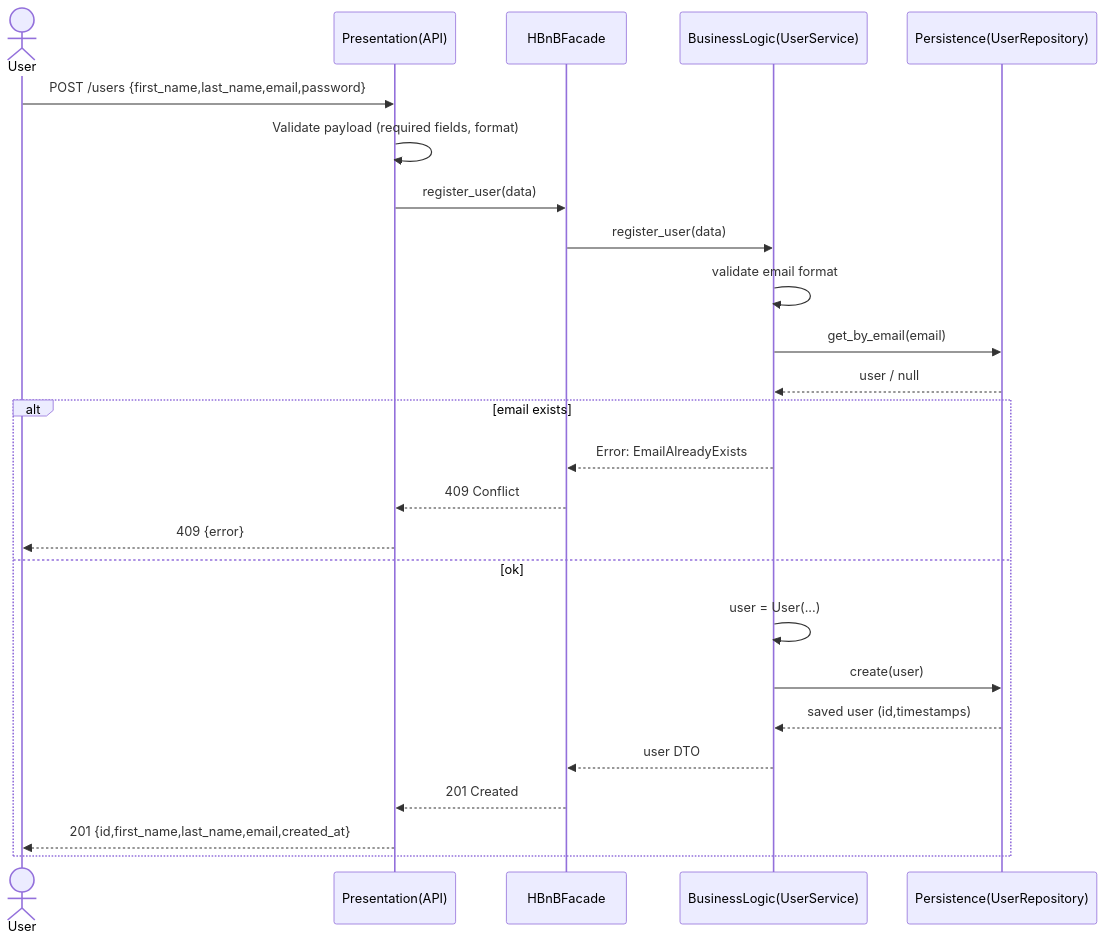
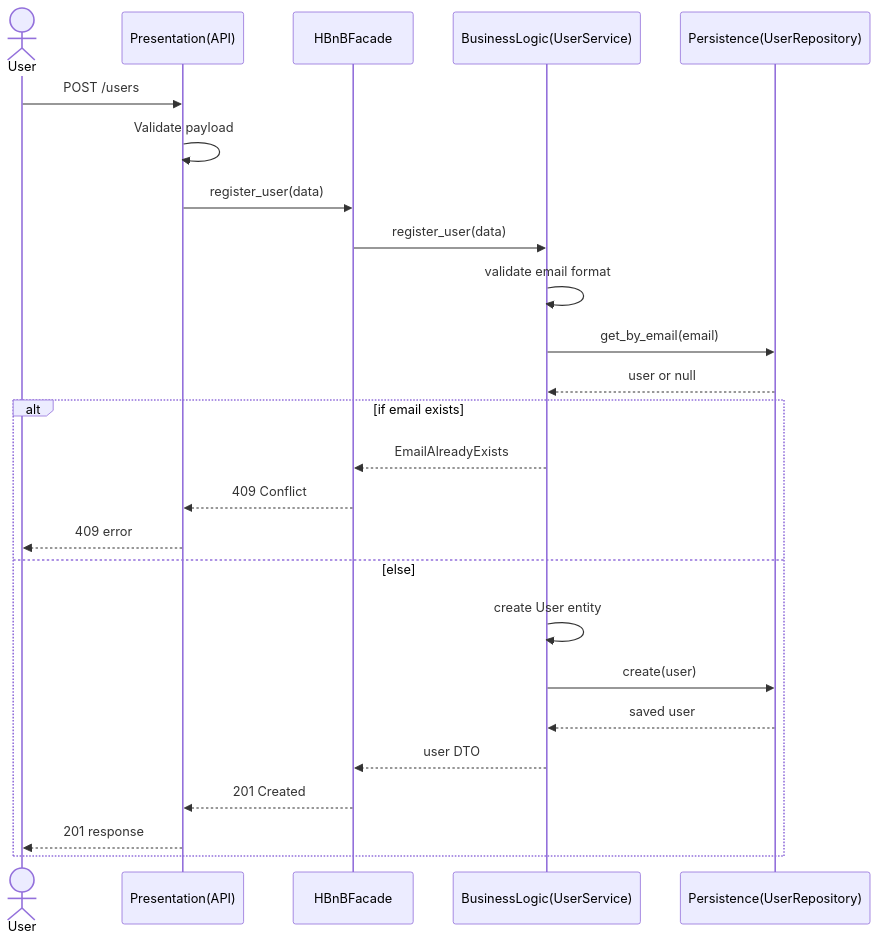
Before and after one commit to Aythann/holbertonschool-hbnb: the diagram in part1/03_sequence_user_registration.mmd, drawn with Mermaid.

Commit message:
Update sequence_user : fix relation

```diff
--- a/part1/03_sequence_user_registration.mmd
+++ b/part1/03_sequence_user_registration.mmd
@@ -1,28 +1,29 @@
 sequenceDiagram
 actor Client as User
 participant API as Presentation(API)
 participant Facade as HBnBFacade
 participant BLL as BusinessLogic(UserService)
-participant UserRepo as Persistence(UserRepository)
+participant Repo as Persistence(UserRepository)
 
-Client->>API: POST /users {first_name,last_name,email,password}
-API->>API: Validate payload (required fields, format)
+Client->>API: POST /users
+API->>API: Validate payload
 API->>Facade: register_user(data)
 
 Facade->>BLL: register_user(data)
+
 BLL->>BLL: validate email format
-BLL->>UserRepo: get_by_email(email)
-UserRepo-->>BLL: user / null
+BLL->>Repo: get_by_email(email)
+Repo-->>BLL: user or null
 
-alt email exists
-  BLL-->>Facade: Error: EmailAlreadyExists
+alt if email exists
+  BLL-->>Facade: EmailAlreadyExists
   Facade-->>API: 409 Conflict
-  API-->>Client: 409 {error}
-else ok
-  BLL->>BLL: user = User(...);
-  BLL->>UserRepo: create(user)
-  UserRepo-->>BLL: saved user (id,timestamps)
+  API-->>Client: 409 error
+else else
+  BLL->>BLL: create User entity
+  BLL->>Repo: create(user)
+  Repo-->>BLL: saved user
   BLL-->>Facade: user DTO
   Facade-->>API: 201 Created
-  API-->>Client: 201 {id,first_name,last_name,email,created_at}
+  API-->>Client: 201 response
 end
```
